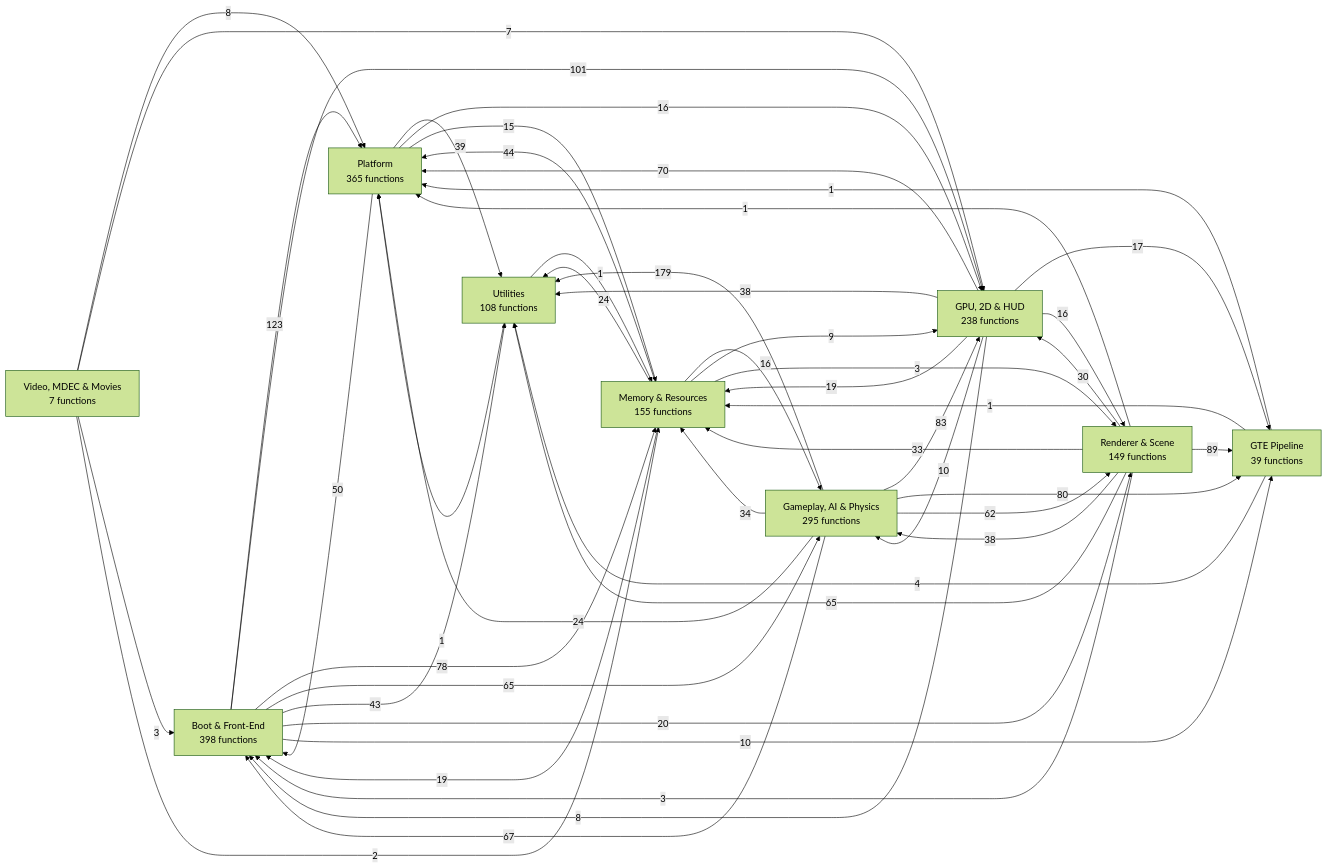
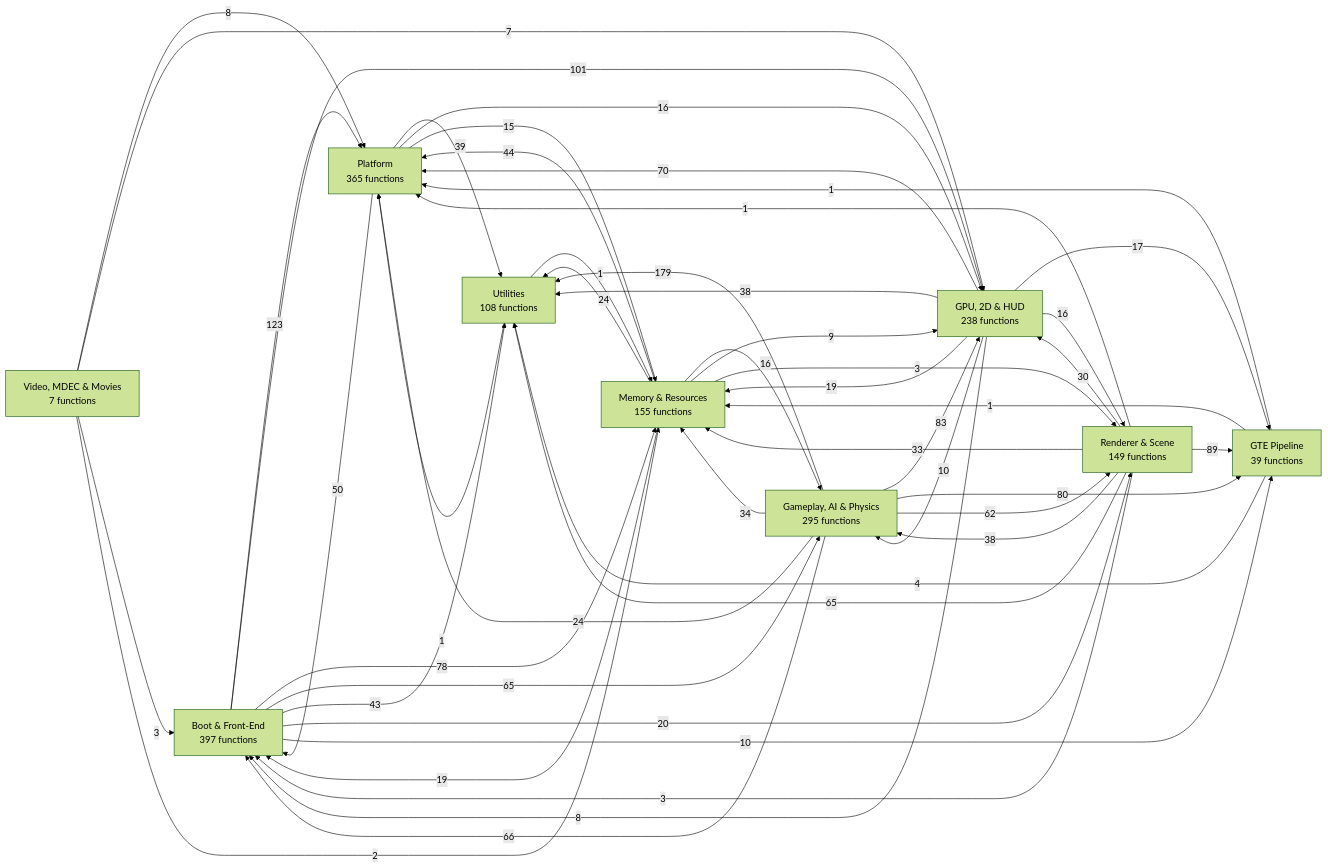
The first of 11 diagrams in docs/FUNCTION_MAP.md (kai-luni/Future-Cop-L.A.P.D-PS1), drawn with Mermaid (forest theme) before and after one commit. The commit also changed other lines of this file and 232 other files, not shown here.

````diff
--- a/docs/FUNCTION_MAP.md
+++ b/docs/FUNCTION_MAP.md
@@ -13,59 +13,59 @@
 ```mermaid
 graph LR
-    g0["Boot & Front-End<br/>398 functions"]
+    g0["Boot & Front-End<br/>397 functions"]
     g1["Memory & Resources<br/>155 functions"]
     g2["Video, MDEC & Movies<br/>7 functions"]
     g3["GTE Pipeline<br/>39 functions"]
     g4["Renderer & Scene<br/>149 functions"]
     g5["GPU, 2D & HUD<br/>238 functions"]
     g6["Gameplay, AI & Physics<br/>295 functions"]
     g7["Platform<br/>365 functions"]
     g8["Utilities<br/>108 functions"]
     g6 -->|179| g8
     g0 -->|123| g7
     g0 -->|101| g5
     g4 -->|89| g3
     g6 -->|83| g5
     g6 -->|80| g3
     g0 -->|78| g1
     g5 -->|70| g7
-    g6 -->|67| g0
+    g6 -->|66| g0
     g0 -->|65| g6
     g4 -->|65| g8
     g6 -->|62| g4
     g7 -->|50| g0
     g1 -->|44| g7
     g0 -->|43| g8
     g7 -->|39| g8
     g5 -->|38| g8
     g4 -->|38| g6
     g6 -->|34| g1
     g4 -->|33| g1
     g4 -->|30| g5
     g6 -->|24| g7
     g1 -->|24| g8
     g0 -->|20| g4
     g5 -->|19| g1
     g1 -->|19| g0
     g5 -->|17| g3
     g5 -->|16| g4
     g1 -->|16| g6
     g7 -->|16| g5
     g7 -->|15| g1
     g0 -->|10| g3
     g5 -->|10| g6
     g1 -->|9| g5
     g5 -->|8| g0
     g2 -->|8| g7
     g2 -->|7| g5
     g3 -->|4| g8
     g1 -->|3| g4
     g4 -->|3| g0
     g2 -->|3| g0
     g2 -->|2| g1
     g3 -->|1| g1
     g3 -->|1| g7
     g4 -->|1| g7
     g8 -->|1| g1
     g8 -->|1| g7
 ```
````
